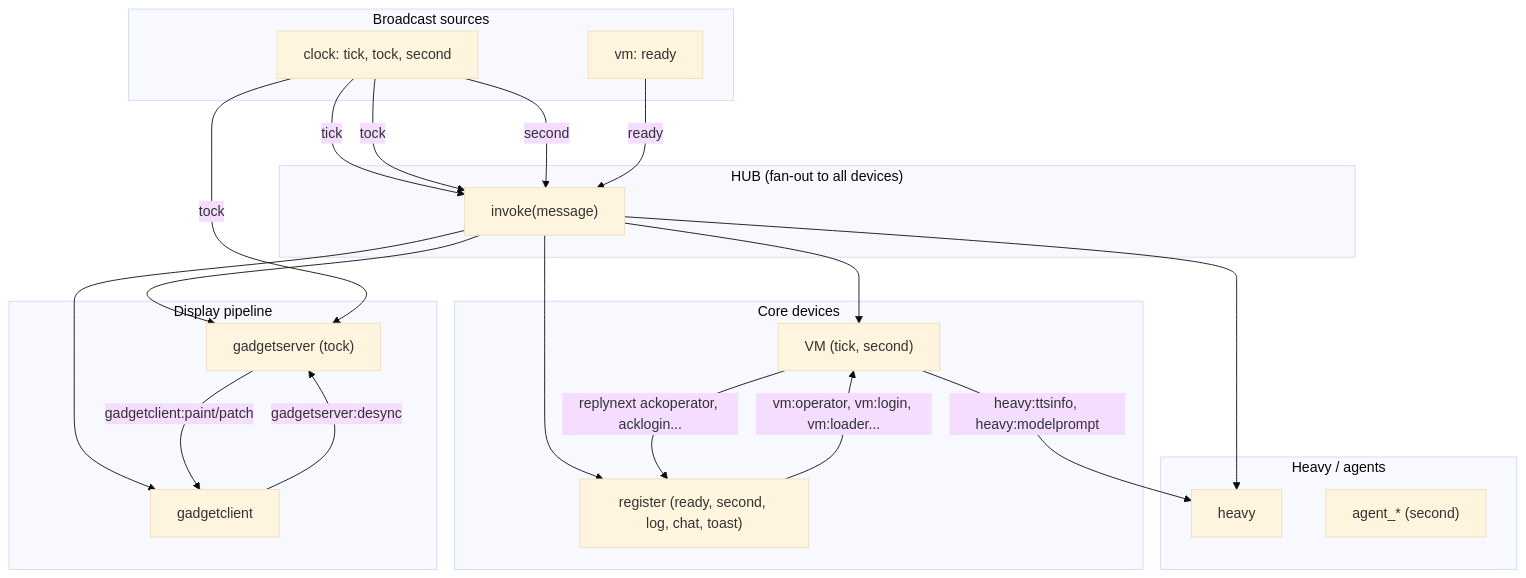
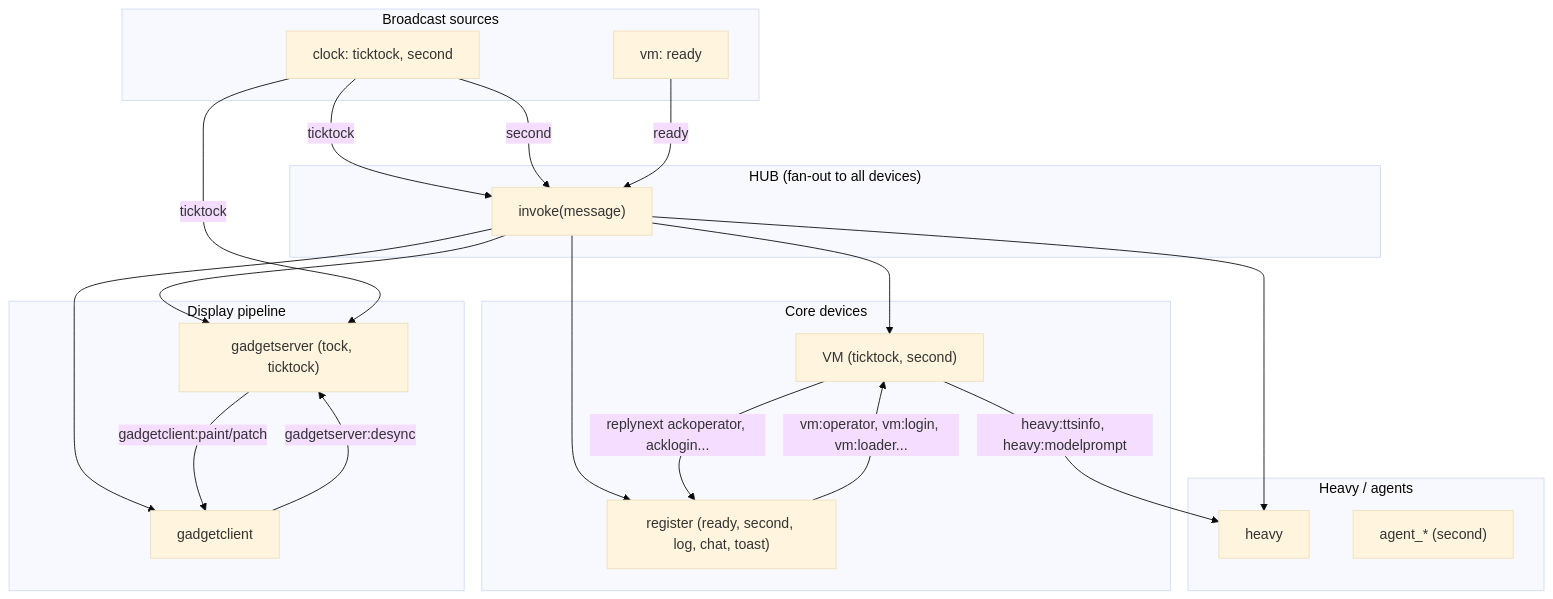
Before and after one commit to goldbuick/zed-software-system: the diagram in zss/device/docs/message-flow.md, drawn with Mermaid (base theme). The commit also changed other lines of this file and 14 other files, not shown here.

````diff
--- a/zss/device/docs/message-flow.md
+++ b/zss/device/docs/message-flow.md
@@ -9,46 +9,45 @@
 ```mermaid
 flowchart TB
     subgraph Hub["HUB (fan-out to all devices)"]
         invoke["invoke(message)"]
     end
 
     subgraph Broadcast["Broadcast sources"]
-        Clock["clock: tick, tock, second"]
+        Clock["clock: ticktock, second"]
         VM["vm: ready"]
     end
 
     subgraph Core["Core devices"]
-        VM2["VM (tick, second)"]
+        VM2["VM (ticktock, second)"]
         Register["register (ready, second, log, chat, toast)"]
     end
 
     subgraph Display["Display pipeline"]
-        GadgetServer["gadgetserver (tock)"]
+        GadgetServer["gadgetserver (tock, ticktock)"]
         GadgetClient["gadgetclient"]
     end
 
     subgraph Heavy["Heavy / agents"]
         HeavyDev["heavy"]
         Agent["agent_* (second)"]
     end
 
-    Clock -->|tick| invoke
-    Clock -->|tock| invoke
+    Clock -->|ticktock| invoke
     Clock -->|second| invoke
     VM -->|ready| invoke
 
     invoke --> VM2
     invoke --> Register
     invoke --> GadgetServer
     invoke --> GadgetClient
     invoke --> HeavyDev
 
     Register -->|vm:operator, vm:login, vm:loader...| VM2
     VM2 -->|replynext ackoperator, acklogin...| Register
     VM2 -->|heavy:ttsinfo, heavy:modelprompt| HeavyDev
 
     GadgetServer -->|gadgetclient:paint/patch| GadgetClient
     GadgetClient -->|gadgetserver:desync| GadgetServer
 
-    Clock -->|tock| GadgetServer
+    Clock -->|ticktock| GadgetServer
 ```
````
